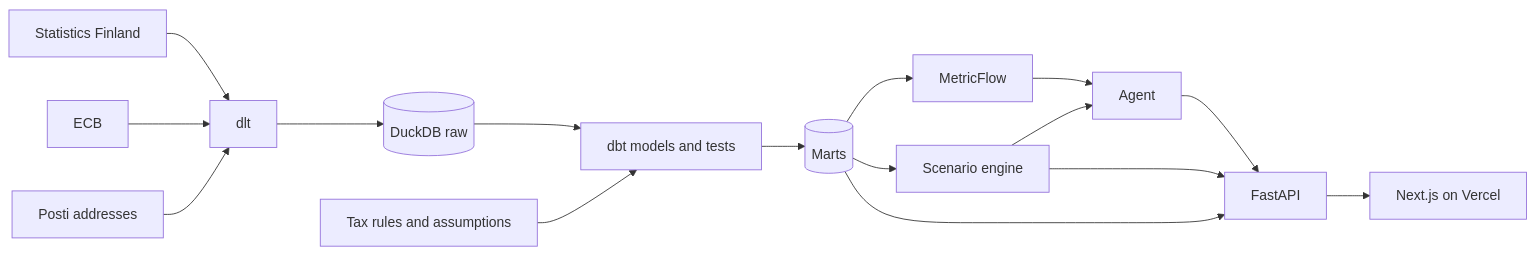
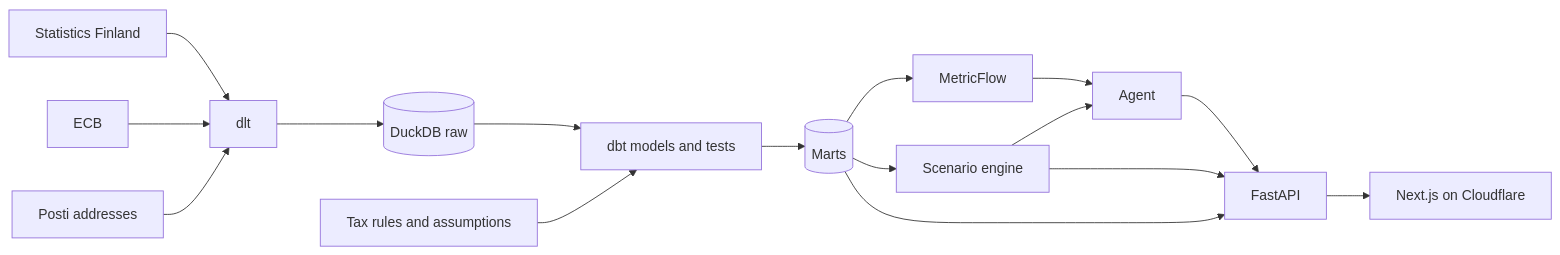
Before and after one commit to eirasroger/asumisvalinta: the diagram in README.md, drawn with Mermaid. The commit also changed other lines of this file and 40 other files, not shown here.

````diff
--- a/README.md
+++ b/README.md
@@ -26,18 +26,18 @@
 ```mermaid
 flowchart LR
     SF[Statistics Finland] --> DLT[dlt]
     ECB[ECB] --> DLT
     POSTI[Posti addresses] --> DLT
     DLT --> RAW[(DuckDB raw)]
     RAW --> DBT[dbt models and tests]
     SEEDS[Tax rules and assumptions] --> DBT
     DBT --> MARTS[(Marts)]
     MARTS --> MF[MetricFlow]
     MARTS --> ENGINE[Scenario engine]
     MF --> AGENT[Agent]
     ENGINE --> AGENT
     MARTS --> API[FastAPI]
     ENGINE --> API
     AGENT --> API
-    API --> WEB[Next.js on Vercel]
+    API --> WEB[Next.js on Cloudflare]
 ```
````
